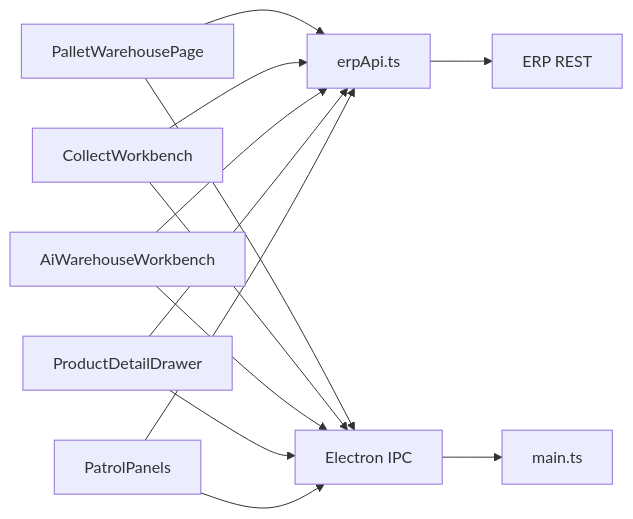
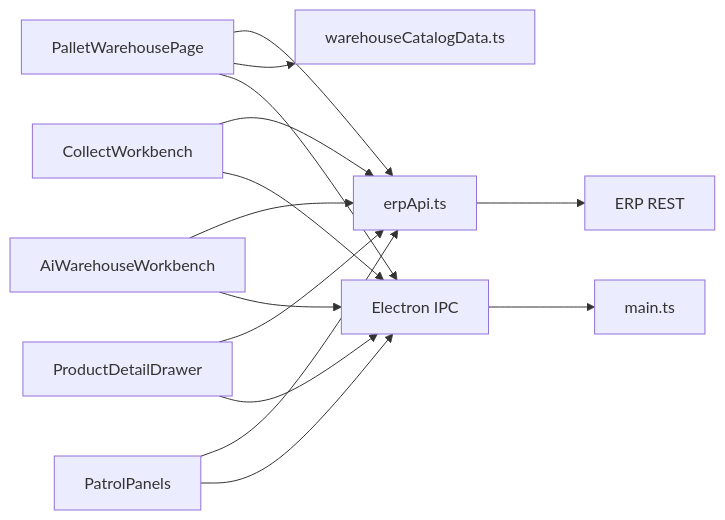
The ninth of 9 diagrams in .qoder/repowiki/zh/content/用户界面组件/托盘仓库管理界面.md (iljahofbauer219-lang/yandu), drawn with Mermaid before and after one commit. The commit also changed other lines of this file and 22 other files, not shown here.

````diff
--- a/.qoder/repowiki/zh/content/用户界面组件/托盘仓库管理界面.md
+++ b/.qoder/repowiki/zh/content/用户界面组件/托盘仓库管理界面.md
@@ -327,15 +391,16 @@
 ```mermaid
 graph LR
 PWP["PalletWarehousePage"] --> API["erpApi.ts"]
+PWP --> WCD["warehouseCatalogData.ts"]
 CWB["CollectWorkbench"] --> API
 AWW["AiWarehouseWorkbench"] --> API
 PDD["ProductDetailDrawer"] --> API
 PP["PatrolPanels"] --> API
 PWP --> IPC["Electron IPC"]
 CWB --> IPC
 AWW --> IPC
 PDD --> IPC
 PP --> IPC
 IPC --> MAIN["main.ts"]
 API --> REST["ERP REST"]
 ```
````
